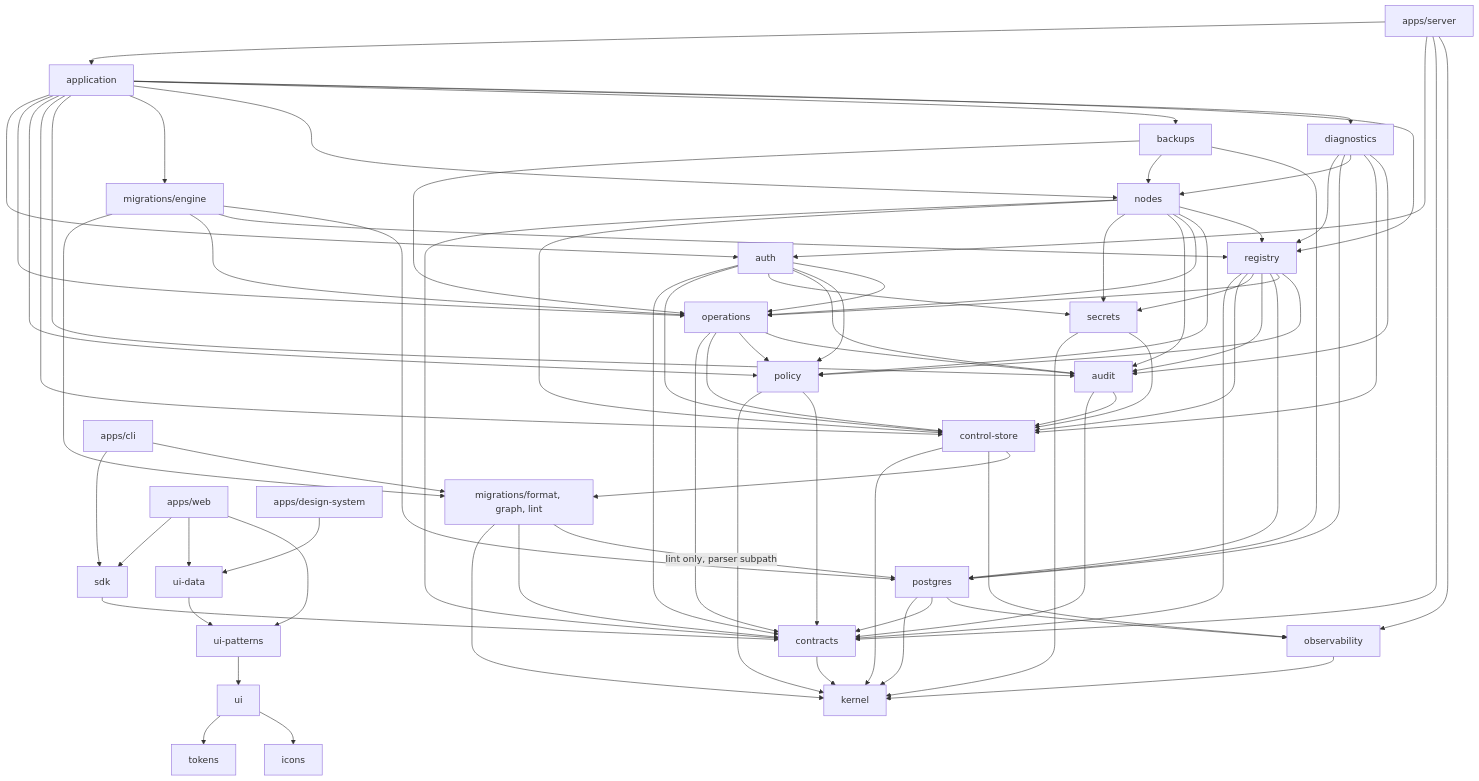
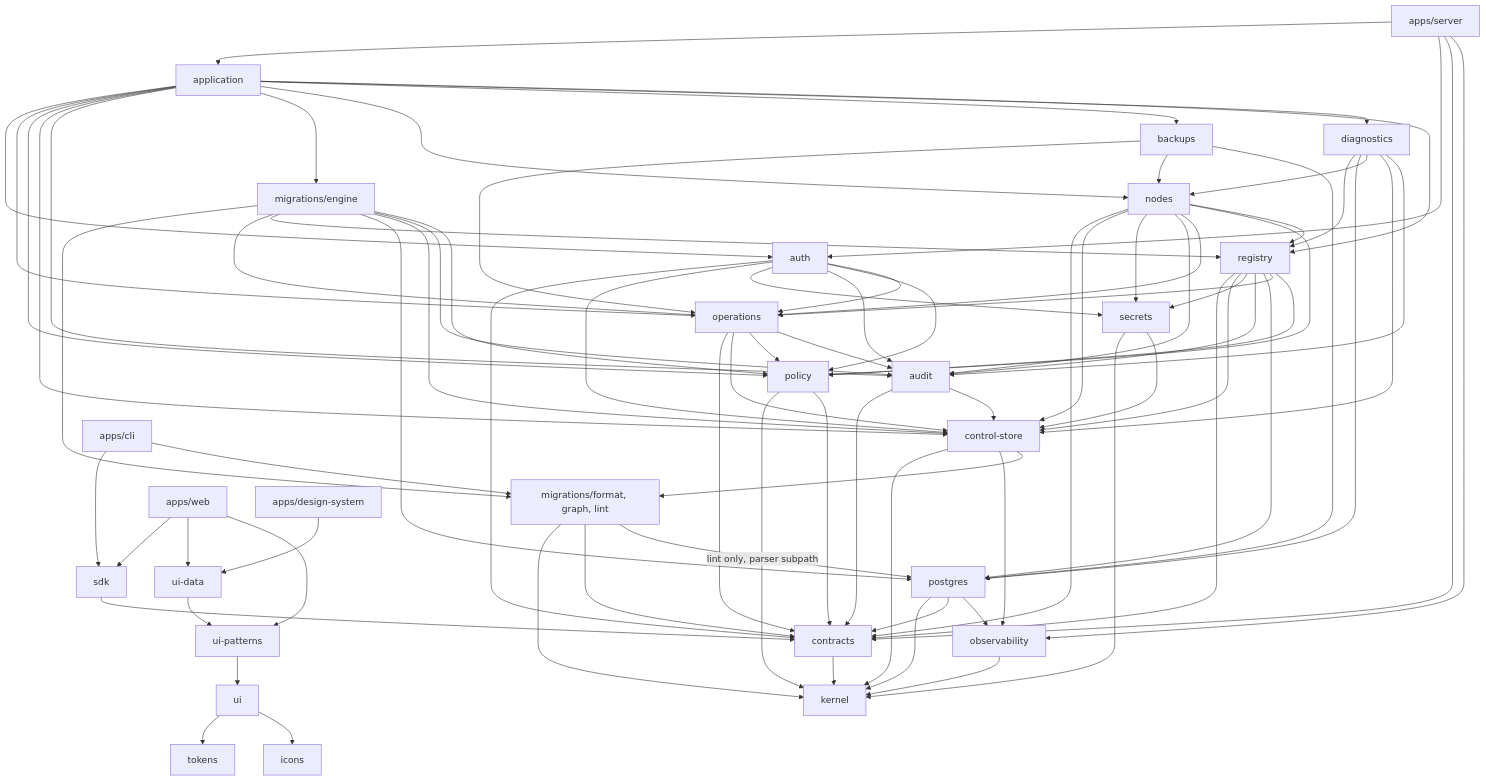
One commit to davdxpx/ExponetDB changed the diagram in exponetdb-docs/01-architecture/package-architecture.md. Above: the diagram before and after it, drawn with Mermaid. The commit also changed other lines of this file and 43 other files, not shown here.

```diff
--- a/exponetdb-docs/01-architecture/package-architecture.md
+++ b/exponetdb-docs/01-architecture/package-architecture.md
@@ -264,6 +275,9 @@
   migengine --> operations
   migengine --> registry
   migengine --> postgres
+  migengine --> controlstore
+  migengine --> audit
+  migengine --> policy
   nodes --> contracts
   nodes --> controlstore
   nodes --> secrets
```
